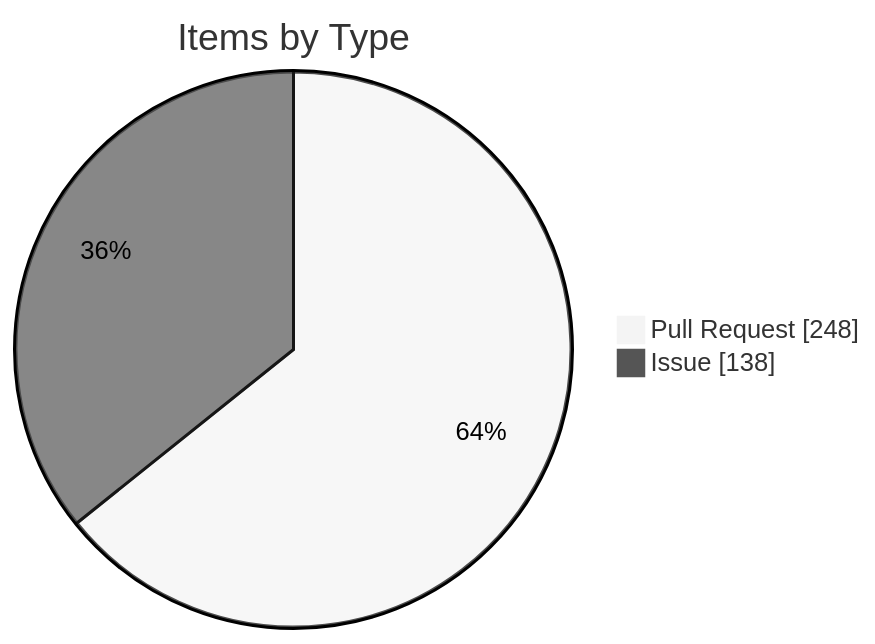
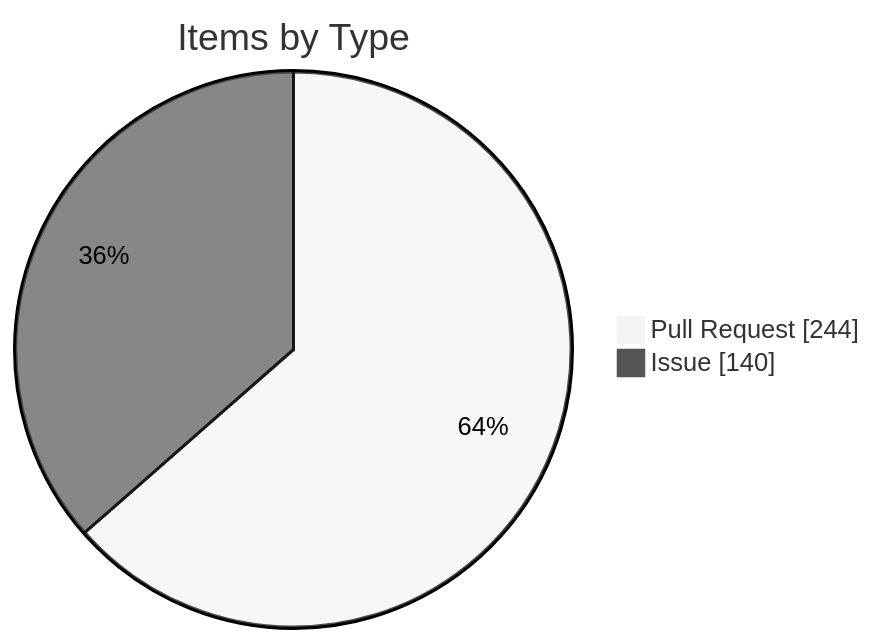
Before and after one commit to KBVE/kbve: the fourth of 4 diagrams in apps/kbve/astro-kbve/src/content/docs/dashboard/kanban-data.mdx, drawn with Mermaid (neutral theme). The commit also changed other lines of this file and 2 other files, not shown here.

````diff
--- a/apps/kbve/astro-kbve/src/content/docs/dashboard/kanban-data.mdx
+++ b/apps/kbve/astro-kbve/src/content/docs/dashboard/kanban-data.mdx
@@ -246,6 +246,6 @@
 ```mermaid
 pie showData
     title Items by Type
-    "Pull Request" : 248
-    "Issue" : 138
+    "Pull Request" : 244
+    "Issue" : 140
 ```
````
